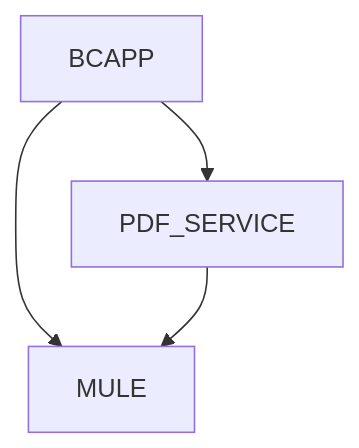
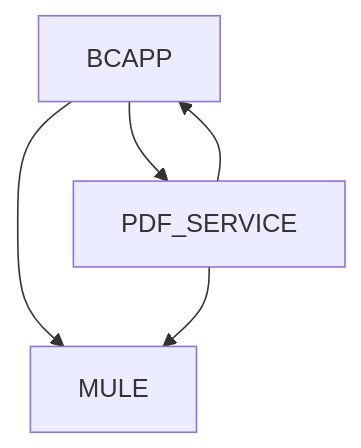
One commit to Kravatka/brain-training changed the diagram in README.md. Above: the diagram before and after it, drawn with Mermaid.

````diff
--- a/README.md
+++ b/README.md
@@ -3,6 +3,7 @@
 ```mermaid
   graph TD;
       BCAPP-->PDF_SERVICE;
+      PDF_SERVICE-->BCAPP;
       BCAPP-->MULE;
       PDF_SERVICE-->MULE;
 ```
````
